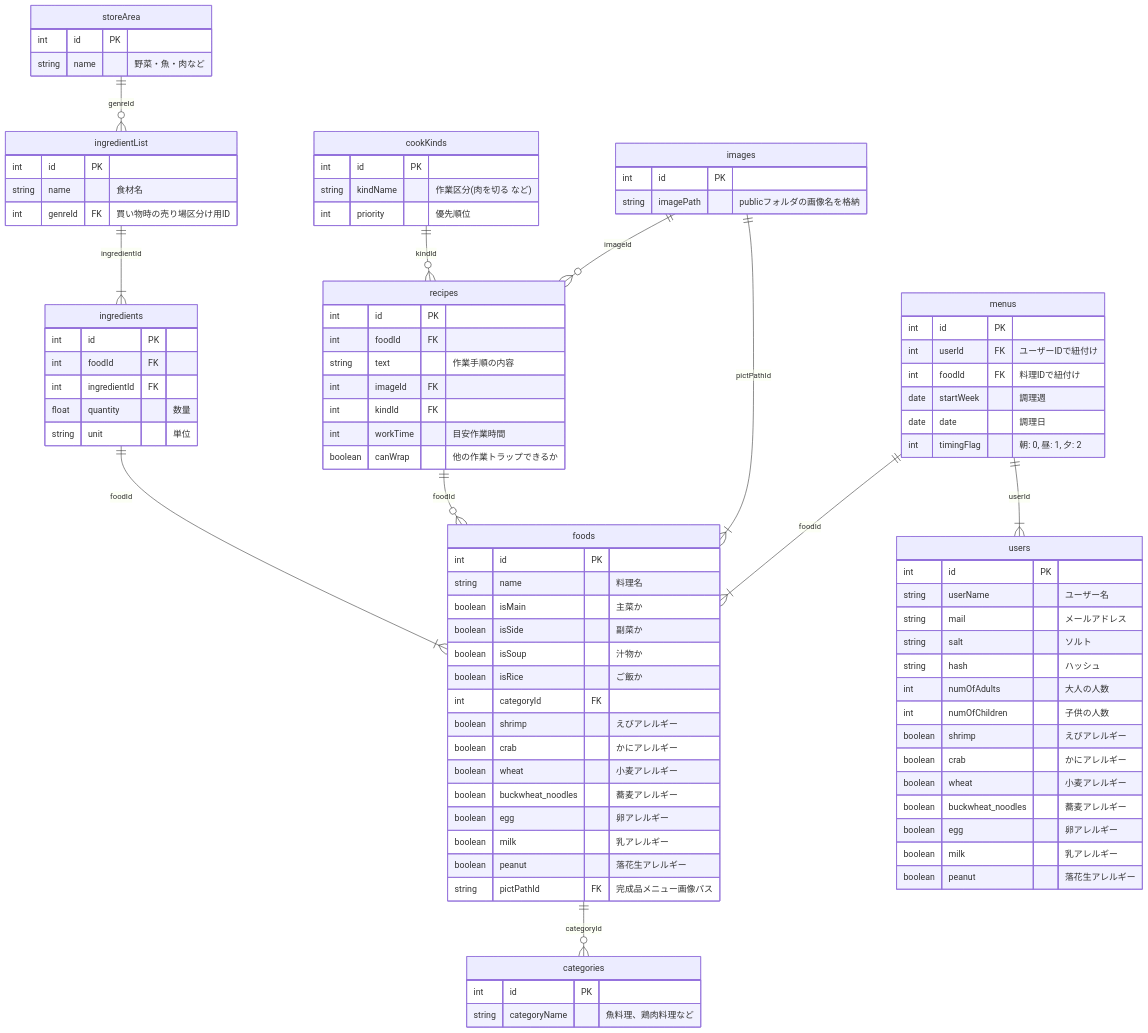
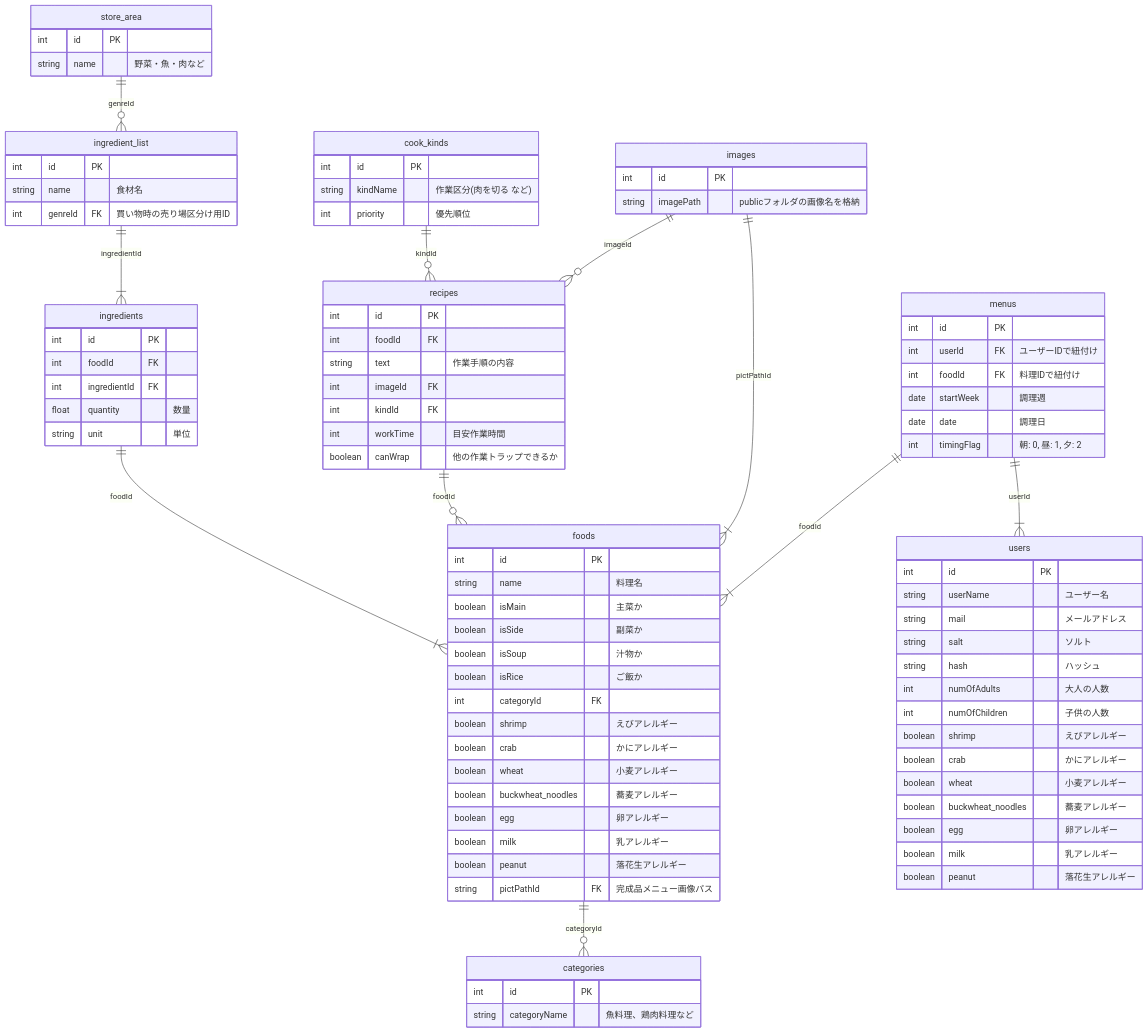
The diagram in README.md (team2wish/efficient), drawn with Mermaid before and after one commit.

Commit message:
READMEのテーブル名修正

```diff
--- a/README.md
+++ b/README.md
@@ -16,16 +16,16 @@
 erDiagram
     foods ||--o{ categories : "categoryId"
     ingredients ||--|{ foods : "foodId"
-    cookKinds ||--o{ recipes : "kindId"
+    cook_kinds ||--o{ recipes : "kindId"
     recipes ||--o{ foods : "foodId"
     images ||--|{ foods : "pictPathId"
-    ingredientList ||--|{ ingredients : "ingredientId"
+    ingredient_list ||--|{ ingredients : "ingredientId"
     menus ||--|{ foods : "foodId"
     images ||--o{ recipes : "imageId"
     menus ||--|{ users : "userId"
-    storeArea ||--o{ ingredientList : "genreId"
+    store_area ||--o{ ingredient_list : "genreId"
 
-    cookKinds {
+    cook_kinds {
         int id PK
         string kindName "作業区分(肉を切る など)"
         int priority "優先順位"
@@ -68,13 +68,13 @@
         string unit "単位"
     }
 
-    ingredientList {
+    ingredient_list {
         int id PK
         string name "食材名"
         int genreId FK "買い物時の売り場区分け用ID"
     }
 
-    storeArea {
+    store_area {
         int id PK
         string name "野菜・魚・肉など"
     }
```
